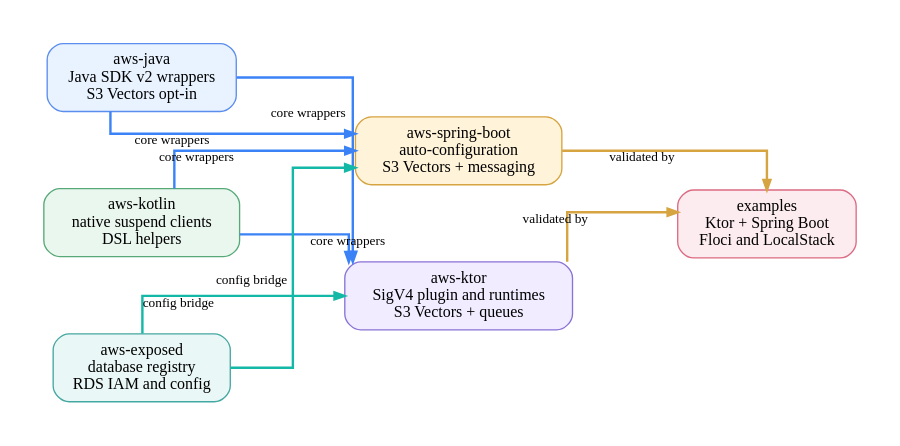
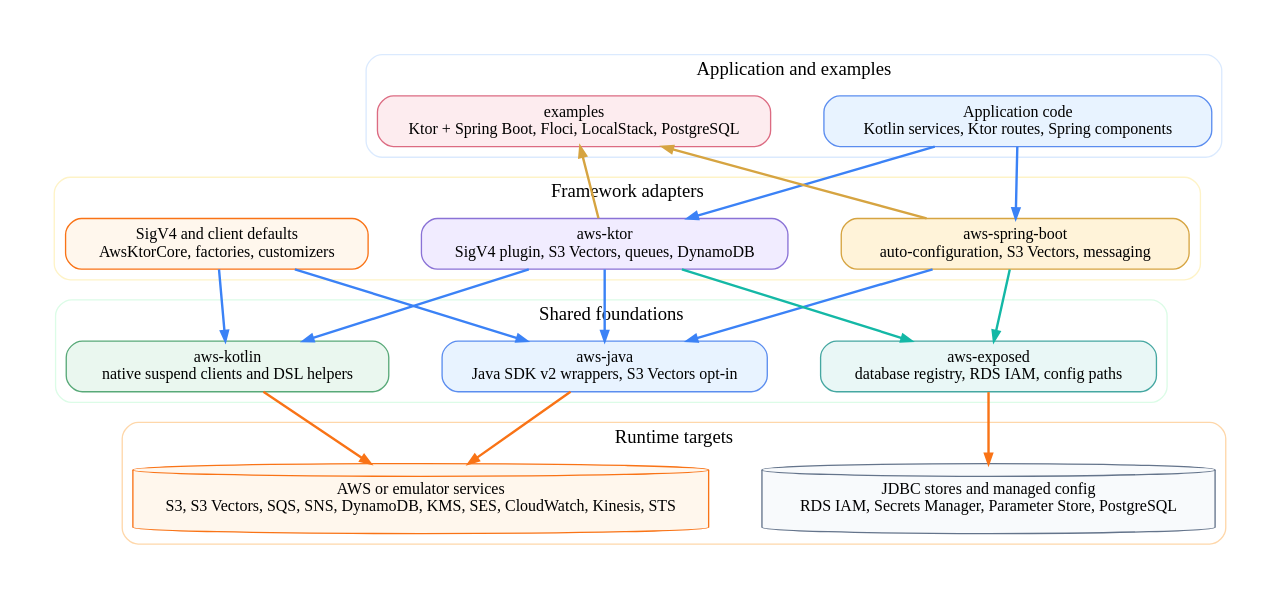
The diagram in docs/assets/readme-diagrams/bluetape4k-aws-components-04.dot (bluetape4k/bluetape4k-aws), drawn with Graphviz before and after one commit. The commit also changed 8 other files, not shown here.

First line of the commit message:
fix: layer the README component diagram

```diff
--- a/docs/assets/readme-diagrams/bluetape4k-aws-components-04.dot
+++ b/docs/assets/readme-diagrams/bluetape4k-aws-components-04.dot
@@ -1,21 +1,43 @@
 digraph Bluetape4kAwsComponents {
-  graph [rankdir=LR, bgcolor="#ffffff", pad=0.35, nodesep=0.8, ranksep=1.1, splines=ortho]
+  graph [rankdir=TB, bgcolor="#ffffff", pad=0.35, nodesep=0.55, ranksep=0.75, splines=line, compound=true]
   node [shape=box, style="rounded,filled", fontname="Architects Daughter", fontsize=12, margin="0.14,0.09", color="#94a3b8", fillcolor="#f8fafc"]
   edge [fontname="Comic Mono", fontsize=10, penwidth=1.8, arrowsize=0.75]
 
-  java [label="aws-java\nJava SDK v2 wrappers\nS3 Vectors opt-in", fillcolor="#E8F3FF", color="#5B8DEF"]
-  kotlin [label="aws-kotlin\nnative suspend clients\nDSL helpers", fillcolor="#EAF7EF", color="#58A978"]
-  exposed [label="aws-exposed\ndatabase registry\nRDS IAM and config", fillcolor="#E9F7F6", color="#45A7A1"]
-  spring [label="aws-spring-boot\nauto-configuration\nS3 Vectors + messaging", fillcolor="#FFF3D9", color="#D6A441"]
-  ktor [label="aws-ktor\nSigV4 plugin and runtimes\nS3 Vectors + queues", fillcolor="#F1ECFF", color="#8A72D6"]
-  examples [label="examples\nKtor + Spring Boot\nFloci and LocalStack", fillcolor="#FDECEF", color="#DC6B82"]
+  subgraph cluster_entry {
+    label="Application and examples"; color="#DBEAFE"; style="rounded"
+    app [label="Application code\nKotlin services, Ktor routes, Spring components", fillcolor="#E8F3FF", color="#5B8DEF"]
+    examples [label="examples\nKtor + Spring Boot, Floci, LocalStack, PostgreSQL", fillcolor="#FDECEF", color="#DC6B82"]
+  }
+  subgraph cluster_framework {
+    label="Framework adapters"; color="#FEF3C7"; style="rounded"
+    spring [label="aws-spring-boot\nauto-configuration, S3 Vectors, messaging", fillcolor="#FFF3D9", color="#D6A441"]
+    ktor [label="aws-ktor\nSigV4 plugin, S3 Vectors, queues, DynamoDB", fillcolor="#F1ECFF", color="#8A72D6"]
+    sigv4 [label="SigV4 and client defaults\nAwsKtorCore, factories, customizers", fillcolor="#FFF7ED", color="#F97316"]
+  }
+  subgraph cluster_foundation {
+    label="Shared foundations"; color="#DCFCE7"; style="rounded"
+    java [label="aws-java\nJava SDK v2 wrappers, S3 Vectors opt-in", fillcolor="#E8F3FF", color="#5B8DEF"]
+    kotlin [label="aws-kotlin\nnative suspend clients and DSL helpers", fillcolor="#EAF7EF", color="#58A978"]
+    exposed [label="aws-exposed\ndatabase registry, RDS IAM, config paths", fillcolor="#E9F7F6", color="#45A7A1"]
+  }
+  subgraph cluster_runtime {
+    label="Runtime targets"; color="#FED7AA"; style="rounded"
+    services [label="AWS or emulator services\nS3, S3 Vectors, SQS, SNS, DynamoDB, KMS, SES, CloudWatch, Kinesis, STS", shape=cylinder, fillcolor="#FFF7ED", color="#F97316"]
+    stores [label="JDBC stores and managed config\nRDS IAM, Secrets Manager, Parameter Store, PostgreSQL", shape=cylinder, fillcolor="#F8FAFC", color="#64748B"]
+  }
 
-  java -> spring [color="#3B82F6", xlabel="core wrappers"]
-  java -> ktor [color="#3B82F6", xlabel="core wrappers"]
-  kotlin -> spring [color="#3B82F6", xlabel="core wrappers"]
-  kotlin -> ktor [color="#3B82F6", xlabel="core wrappers"]
-  exposed -> spring [color="#14B8A6", xlabel="config bridge"]
-  exposed -> ktor [color="#14B8A6", xlabel="config bridge"]
-  spring -> examples [color="#D6A441", xlabel="validated by"]
-  ktor -> examples [color="#D6A441", xlabel="validated by"]
+  app -> spring [color="#3B82F6"]
+  app -> ktor [color="#3B82F6"]
+  spring -> java [color="#3B82F6"]
+  spring -> exposed [color="#14B8A6"]
+  ktor -> java [color="#3B82F6"]
+  ktor -> kotlin [color="#3B82F6"]
+  ktor -> exposed [color="#14B8A6"]
+  sigv4 -> java [color="#3B82F6"]
+  sigv4 -> kotlin [color="#3B82F6"]
+  spring -> examples [color="#D6A441"]
+  ktor -> examples [color="#D6A441"]
+  java -> services [color="#F97316"]
+  kotlin -> services [color="#F97316"]
+  exposed -> stores [color="#F97316"]
 }
```
